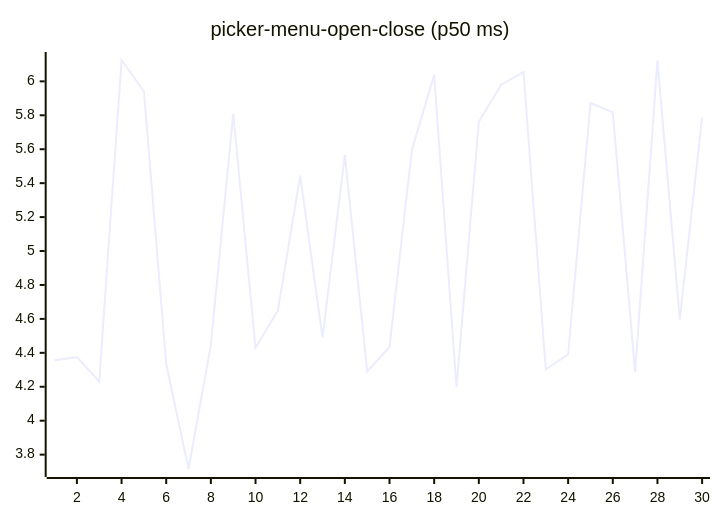
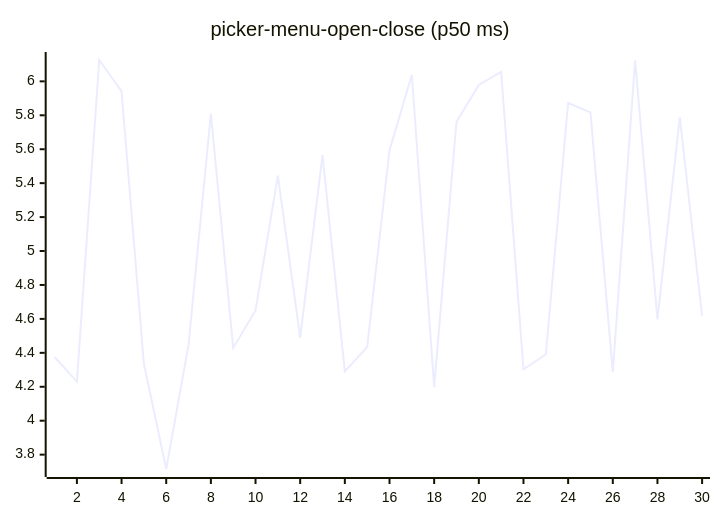
Diagram 16 of 27 in README.md (josha/Facet), drawn with Mermaid before and after one commit. The commit also changed other lines of this file and 2 other files, not shown here.

````diff
--- a/README.md
+++ b/README.md
@@ -168,6 +168,6 @@
 ```mermaid
 xychart-beta
     title "picker-menu-open-close (p50 ms)"
     x-axis 1 --> 30
-    line [4.3559, 4.3756, 4.2307, 6.1258, 5.9413, 4.3353, 3.7154, 4.4466, 5.8101, 4.4287, 4.6495, 5.4442, 4.4899, 5.5654, 4.2905, 4.4342, 5.5941, 6.0384, 4.1981, 5.7619, 5.9791, 6.0560, 4.3027, 4.3902, 5.8724, 5.8169, 4.2859, 6.1231, 4.5970, 5.7880]
+    line [4.3756, 4.2307, 6.1258, 5.9413, 4.3353, 3.7154, 4.4466, 5.8101, 4.4287, 4.6495, 5.4442, 4.4899, 5.5654, 4.2905, 4.4342, 5.5941, 6.0384, 4.1981, 5.7619, 5.9791, 6.0560, 4.3027, 4.3902, 5.8724, 5.8169, 4.2859, 6.1231, 4.5970, 5.7880, 4.6174]
 ```
````
